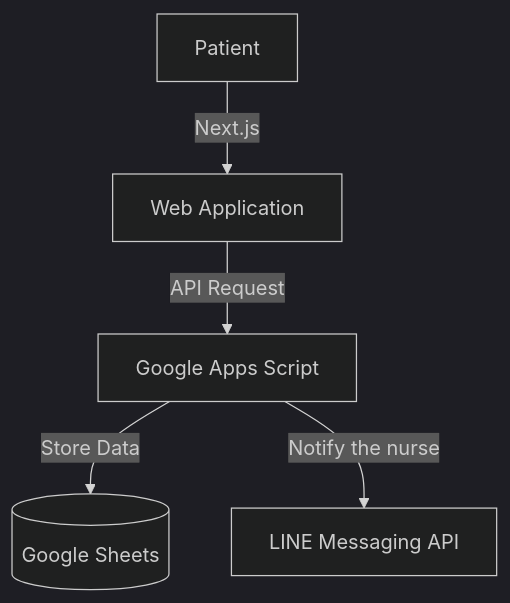
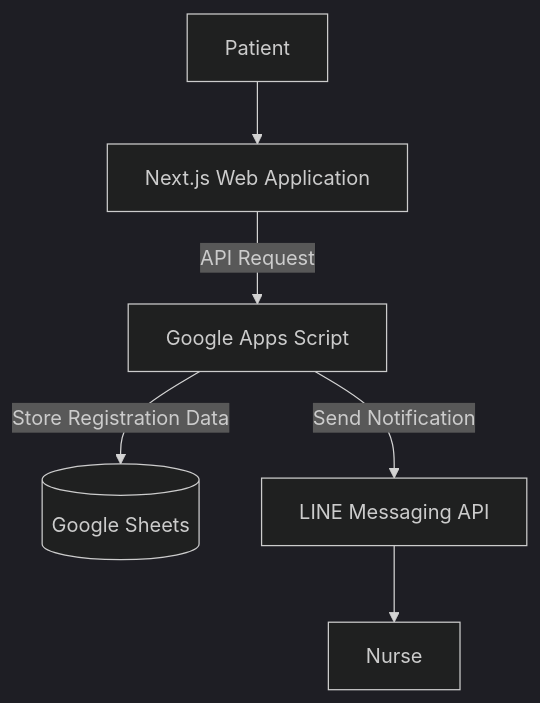
One commit to ratchanon-84/telemedicine-registration changed the diagram in README.md. Above: the diagram before and after it, drawn with Mermaid (dark theme). The commit also changed other lines of this file, not shown here.

First line of the commit message:
Revise README with overview and architecture details

````diff
--- a/README.md
+++ b/README.md
@@ -3,7 +7,8 @@
 ```mermaid
-graph TD
-    A[Patient] -->|Next.js| B[Web Application]
+flowchart TD
+    A[Patient] --> B[Next.js Web Application]
     B -->|API Request| C[Google Apps Script]
-    C -->|Store Data| D[(Google Sheets)]
-    C -->|Notify the nurse| E[LINE Messaging API]
+    C -->|Store Registration Data| D[(Google Sheets)]
+    C -->|Send Notification| E[LINE Messaging API]
+    E --> F[Nurse]
 ```
````
